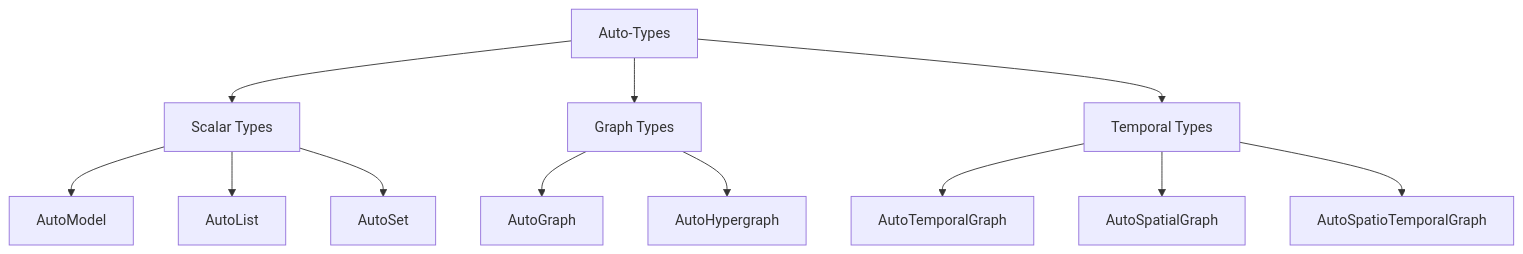
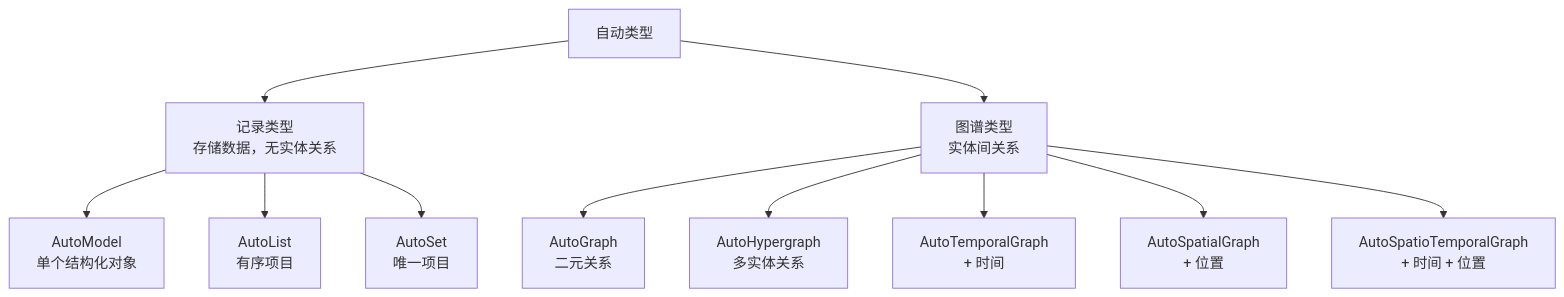
The diagram in docs/zh/concepts/autotypes.md (taweili/Hyper-Extract), drawn with Mermaid before and after one commit. The commit also changed other lines of this file and 167 other files, not shown here.

````diff
--- a/docs/zh/concepts/autotypes.md
+++ b/docs/zh/concepts/autotypes.md
@@ -19,17 +26,15 @@
 ```mermaid
 graph TD
-    A[Auto-Types] --> B[Scalar Types]
-    A --> C[Graph Types]
-    A --> D[Temporal Types]
-    
-    B --> B1[AutoModel]
-    B --> B2[AutoList]
-    B --> B3[AutoSet]
-    
-    C --> C1[AutoGraph]
-    C --> C2[AutoHypergraph]
-    
-    D --> D1[AutoTemporalGraph]
-    D --> D2[AutoSpatialGraph]
-    D --> D3[AutoSpatioTemporalGraph]
+    A[自动类型] --> B[记录类型<br/>存储数据，无实体关系]
+    A --> C[图谱类型<br/>实体间关系]
+
+    B --> B1[AutoModel<br/>单个结构化对象]
+    B --> B2[AutoList<br/>有序项目]
+    B --> B3[AutoSet<br/>唯一项目]
+
+    C --> C1[AutoGraph<br/>二元关系]
+    C --> C2[AutoHypergraph<br/>多实体关系]
+    C --> C3[AutoTemporalGraph<br/>+ 时间]
+    C --> C4[AutoSpatialGraph<br/>+ 位置]
+    C --> C5[AutoSpatioTemporalGraph<br/>+ 时间 + 位置]
 ```
````
